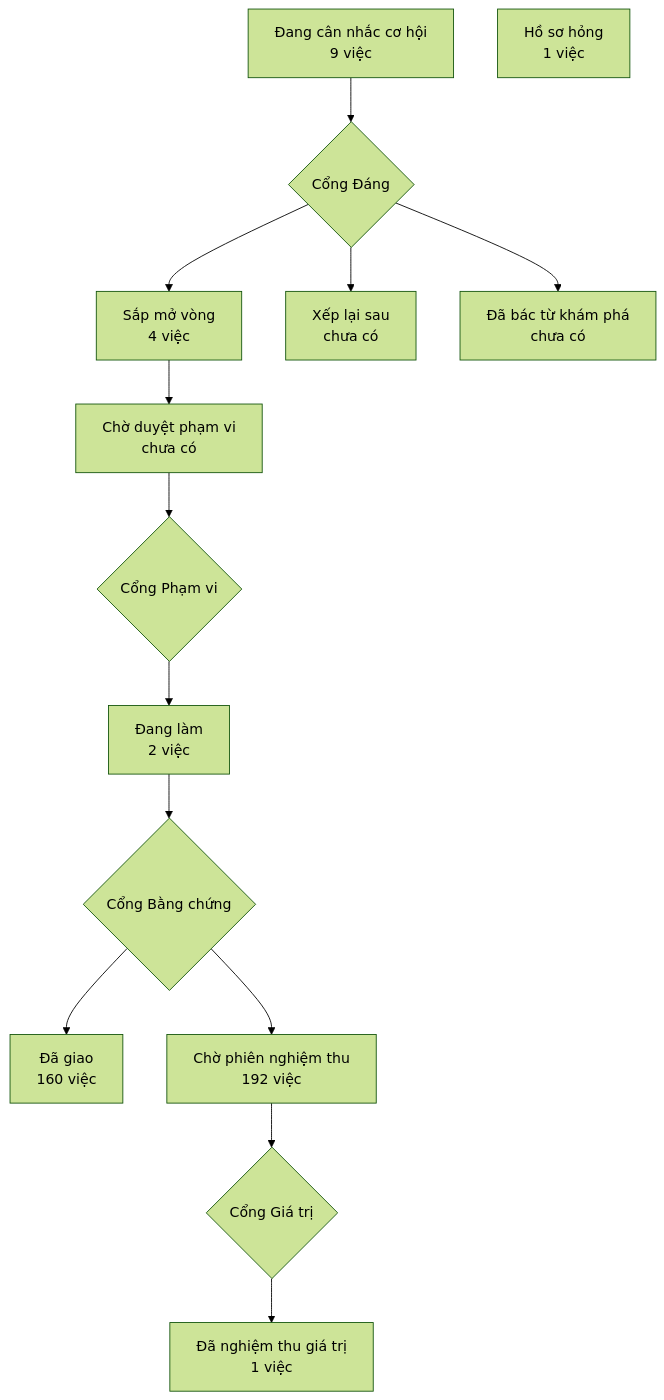
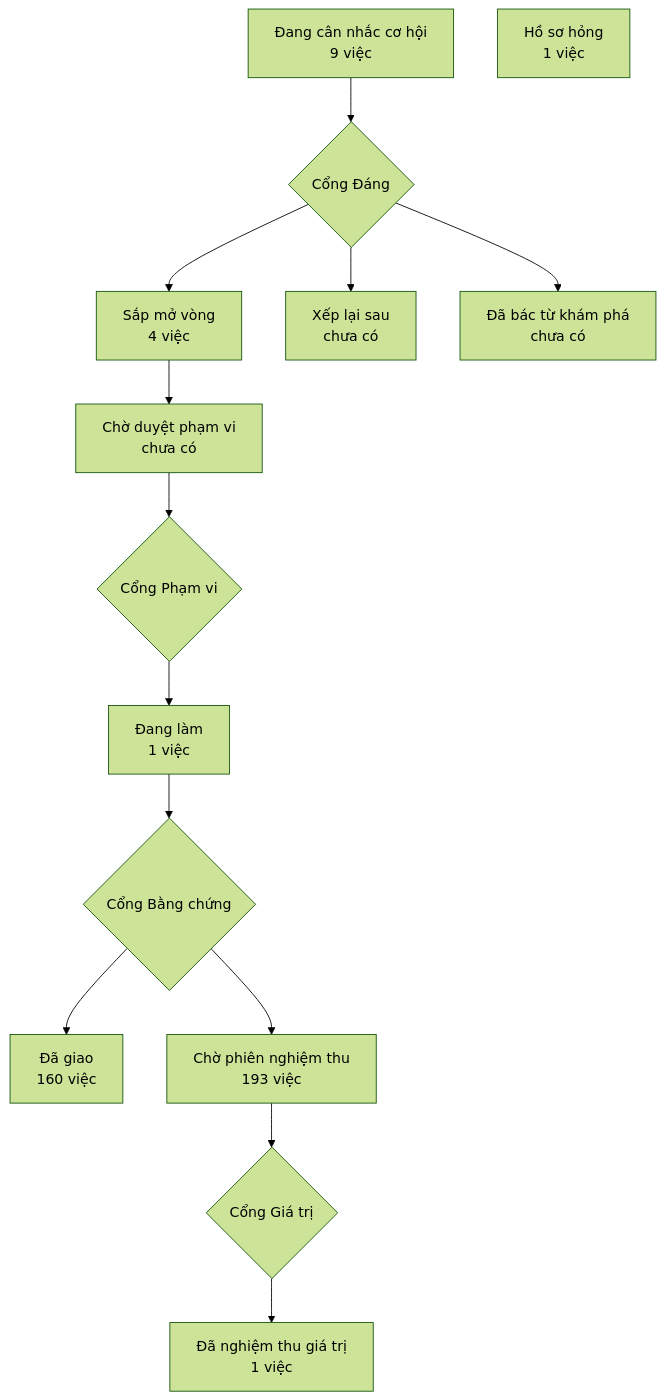
The diagram in PRODUCT-MAP.md (phanlemanh/crm-onehub), drawn with Mermaid (forest theme) before and after one commit. The commit also changed 4 other files, not shown here.

````diff
--- a/PRODUCT-MAP.md
+++ b/PRODUCT-MAP.md
@@ -7,13 +7,13 @@
 ```mermaid
 flowchart TD
   A["Đang cân nhắc cơ hội<br/>9 việc"] --> GD{"Cổng Đáng"}
   GD --> B["Sắp mở vòng<br/>4 việc"]
   GD --> XL["Xếp lại sau<br/>chưa có"]
   GD --> DB["Đã bác từ khám phá<br/>chưa có"]
   B --> CD["Chờ duyệt phạm vi<br/>chưa có"] --> GP{"Cổng Phạm vi"}
-  GP --> DL["Đang làm<br/>2 việc"] --> GB{"Cổng Bằng chứng"}
+  GP --> DL["Đang làm<br/>1 việc"] --> GB{"Cổng Bằng chứng"}
   GB --> DG["Đã giao<br/>160 việc"]
-  GB --> CN["Chờ phiên nghiệm thu<br/>192 việc"] --> GG{"Cổng Giá trị"}
+  GB --> CN["Chờ phiên nghiệm thu<br/>193 việc"] --> GG{"Cổng Giá trị"}
   GG --> NT["Đã nghiệm thu giá trị<br/>1 việc"]
   HS["Hồ sơ hỏng<br/>1 việc"]
 ```
````
